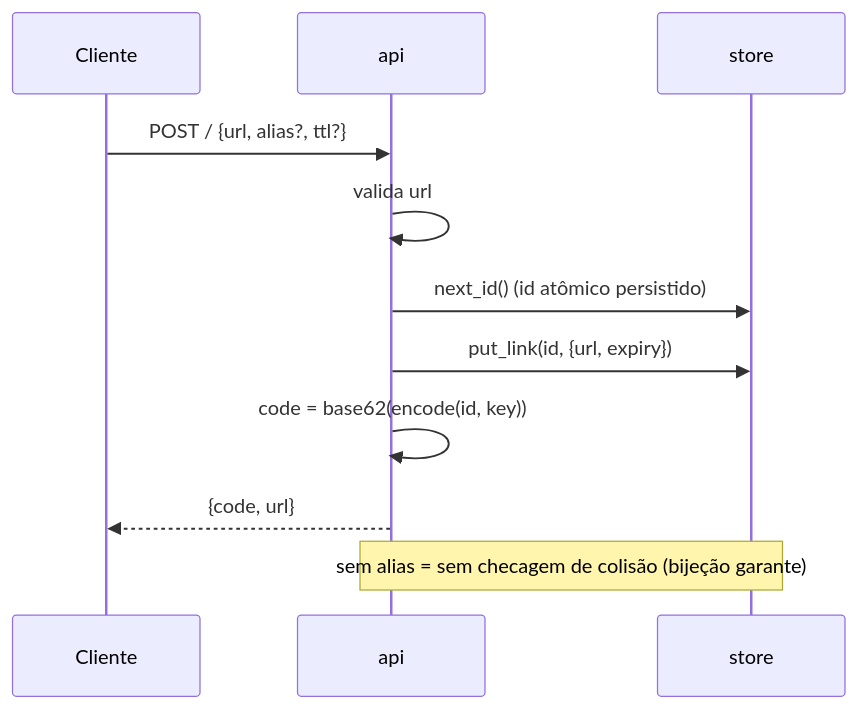
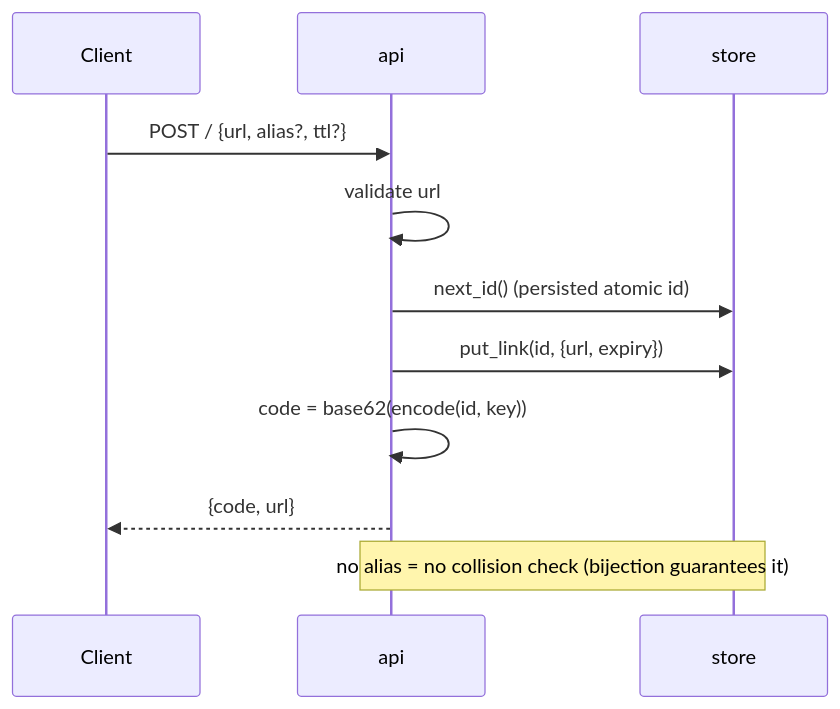
One commit to lucasolopes/quark changed the second of 5 diagrams in docs/ARCHITECTURE.md. Above: the diagram before and after it, drawn with Mermaid. The commit also changed other lines of this file and 15 other files, not shown here.

````diff
--- a/docs/ARCHITECTURE.md
+++ b/docs/ARCHITECTURE.md
@@ -34,13 +36,13 @@
 ```mermaid
 sequenceDiagram
-    participant Cli as Cliente
+    participant Cli as Client
     participant Api as api
     participant St as store
     Cli->>Api: POST / {url, alias?, ttl?}
-    Api->>Api: valida url
-    Api->>St: next_id() (id atômico persistido)
+    Api->>Api: validate url
+    Api->>St: next_id() (persisted atomic id)
     Api->>St: put_link(id, {url, expiry})
     Api->>Api: code = base62(encode(id, key))
     Api-->>Cli: {code, url}
-    Note over Api,St: sem alias = sem checagem de colisão (bijeção garante)
+    Note over Api,St: no alias = no collision check (bijection guarantees it)
 ```
````
